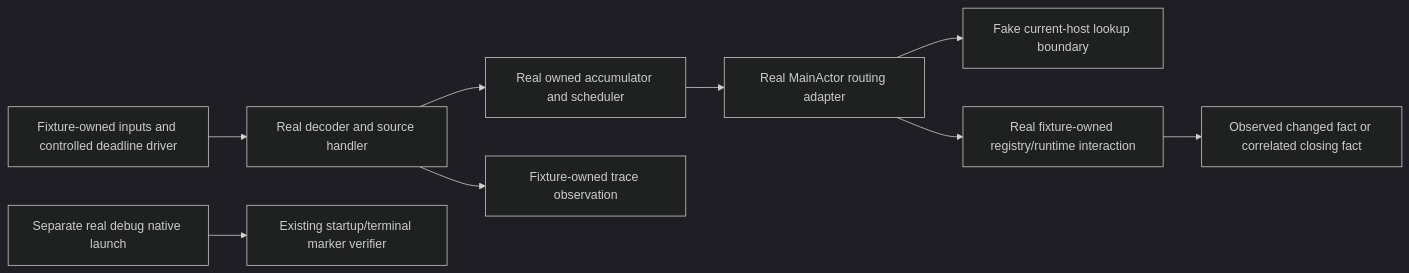
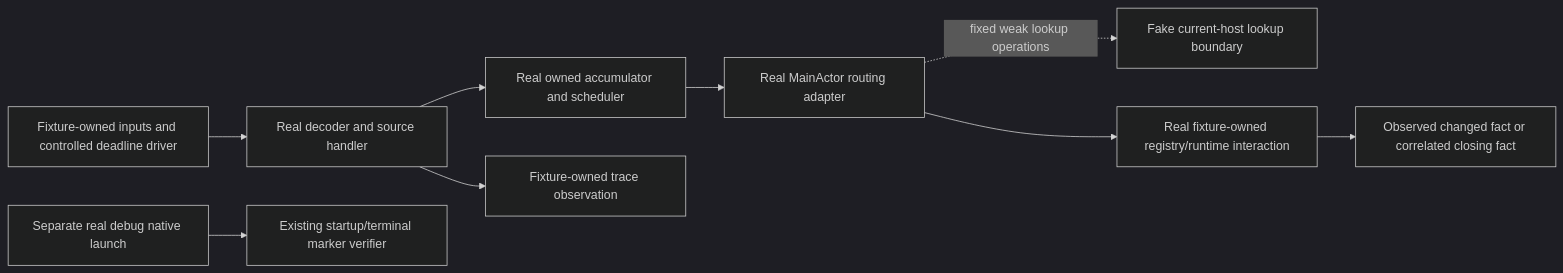
The sixth of 6 diagrams in docs/specs/2026-10-02-composition-root-di/2026-10-06-composition-root-di-program-design.md (getagentstudio/agentstudio), drawn with Mermaid (dark theme) before and after one commit. The commit also changed other lines of this file and 3 other files, not shown here.

````diff
--- a/docs/specs/2026-10-02-composition-root-di/2026-10-06-composition-root-di-program-design.md
+++ b/docs/specs/2026-10-02-composition-root-di/2026-10-06-composition-root-di-program-design.md
@@ -421,11 +587,11 @@
 ```mermaid
 flowchart LR
     fixture[Fixture-owned inputs and controlled deadline driver] --> handler[Real decoder and source handler]
     handler --> state[Real owned accumulator and scheduler]
     state --> adapter[Real MainActor routing adapter]
-    adapter --> lookup[Fake current-host lookup boundary]
+    adapter -.->|fixed weak lookup operations| lookup[Fake current-host lookup boundary]
     adapter --> registry[Real fixture-owned registry/runtime interaction]
     registry --> outcome[Observed changed fact or correlated closing fact]
     handler --> trace[Fixture-owned trace observation]
     native[Separate real debug native launch] --> verifier[Existing startup/terminal marker verifier]
 ```
````
